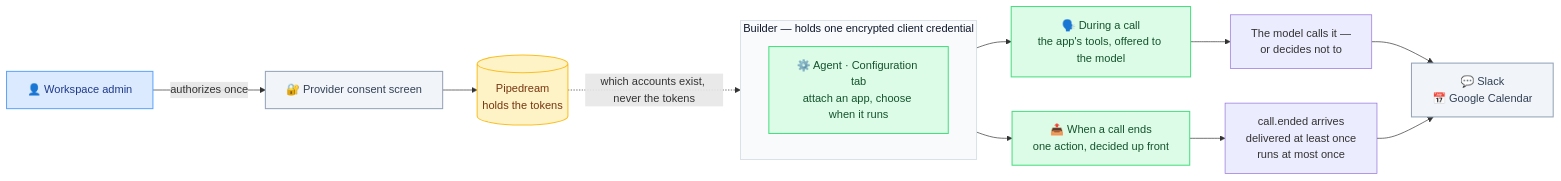
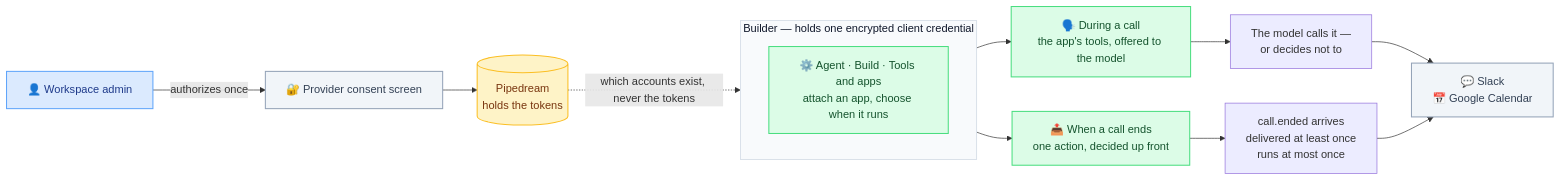
Before and after one commit to kobikis/turncall: the first of 2 diagrams in docs/guides/integrations.mdx, drawn with Mermaid. The commit also changed other lines of this file and 8 other files, not shown here.

````diff
--- a/docs/guides/integrations.mdx
+++ b/docs/guides/integrations.mdx
@@ -25,31 +25,31 @@
 ```mermaid
 flowchart LR
     Admin["👤 Workspace admin"] -->|"authorizes once"| Consent["🔐 Provider consent screen"]
     Consent --> PD[("Pipedream<br/>holds the tokens")]
 
     subgraph Builder["Builder — holds one encrypted client credential"]
         direction TB
-        Cfg["⚙️ Agent · Configuration tab<br/>attach an app, choose when it runs"]
+        Cfg["⚙️ Agent · Build · Tools and apps<br/>attach an app, choose when it runs"]
     end
 
     PD -.->|"which accounts exist, never the tokens"| Cfg
 
     Cfg --> During["🗣️ During a call<br/>the app's tools, offered to the model"]
     Cfg --> After["📤 When a call ends<br/>one action, decided up front"]
 
     During --> Maybe["The model calls it —<br/>or decides not to"]
     After --> Always["call.ended arrives<br/>delivered at least once<br/>runs at most once"]
 
     Maybe --> Apps["💬 Slack<br/>📅 Google Calendar"]
     Always --> Apps
 
     classDef client fill:#dbeafe,stroke:#60a5fa,stroke-width:1.5px,color:#1e3a8a
     classDef vendor fill:#f1f5f9,stroke:#94a3b8,stroke-width:1.5px,color:#334155
     classDef core fill:#dcfce7,stroke:#4ade80,stroke-width:1.5px,color:#14532d
     classDef store fill:#fef3c7,stroke:#fbbf24,stroke-width:1.5px,color:#78350f
     class Admin client
     class Consent,Apps vendor
     class Cfg,During,After core
     class PD store
     style Builder fill:#f8fafc,stroke:#cbd5e1,color:#0f172a
 ```
````
